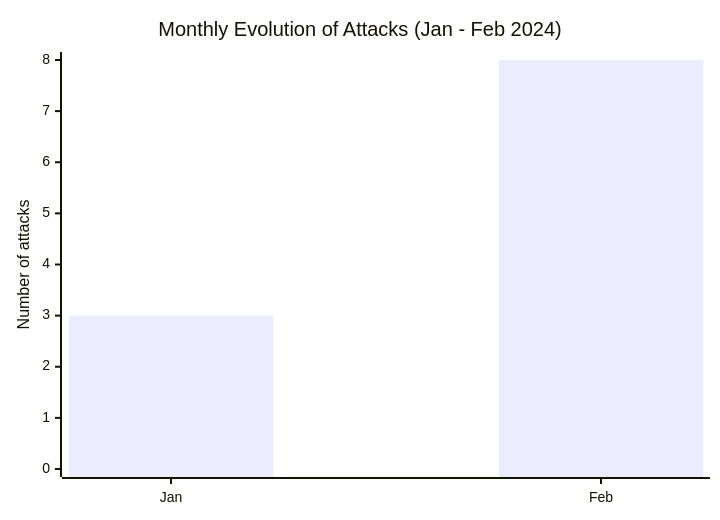
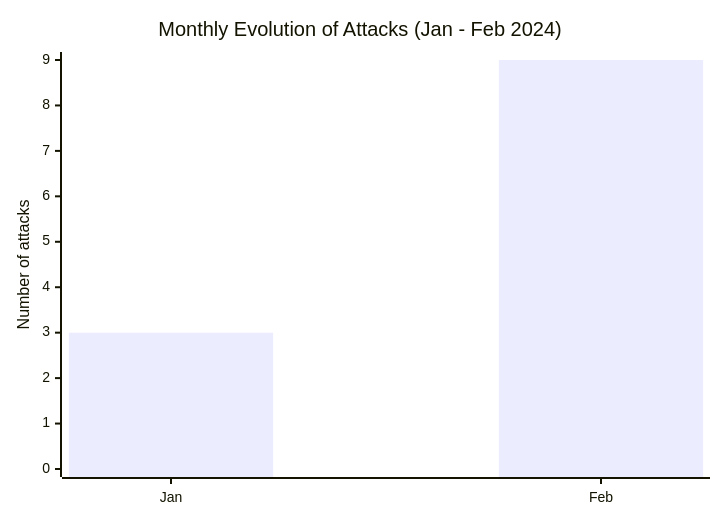
Before and after one commit to Hatchepsoute/AFRINTEL: the fifth of 5 diagrams in CyberAttackAfrica/2024/02-february/README.md, drawn with Mermaid. The commit also changed other lines of this file and 17 other files, not shown here.

````diff
--- a/CyberAttackAfrica/2024/02-february/README.md
+++ b/CyberAttackAfrica/2024/02-february/README.md
@@ -142,7 +146,7 @@
 ```mermaid
 xychart-beta
     title "Monthly Evolution of Attacks (Jan - Feb 2024)"
     x-axis ["Jan", "Feb"]
-    y-axis "Number of attacks" 0 --> 8
-    bar [3, 8]
+    y-axis "Number of attacks" 0 --> 9
+    bar [3, 9]
 ```
````
